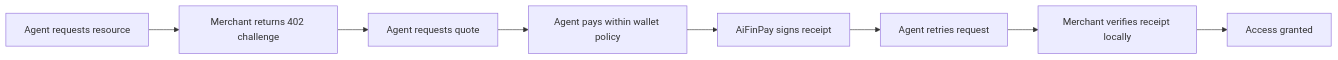
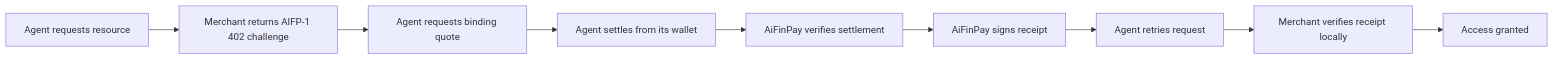
The diagram in docs/index.md (AiFinPay/AIFP-1), drawn with Mermaid before and after one commit. The commit also changed other lines of this file and 43 other files, not shown here.

````diff
--- a/docs/index.md
+++ b/docs/index.md
@@ -39,10 +39,11 @@
 ```mermaid
 flowchart LR
-    A["Agent requests resource"] --> B["Merchant returns 402 challenge"]
-    B --> C["Agent requests quote"]
-    C --> D["Agent pays within wallet policy"]
-    D --> E["AiFinPay signs receipt"]
-    E --> F["Agent retries request"]
-    F --> G["Merchant verifies receipt locally"]
-    G --> H["Access granted"]
+    A["Agent requests resource"] --> B["Merchant returns AIFP-1 402 challenge"]
+    B --> C["Agent requests binding quote"]
+    C --> D["Agent settles from its wallet"]
+    D --> E["AiFinPay verifies settlement"]
+    E --> F["AiFinPay signs receipt"]
+    F --> G["Agent retries request"]
+    G --> H["Merchant verifies receipt locally"]
+    H --> I["Access granted"]
 ```
````
